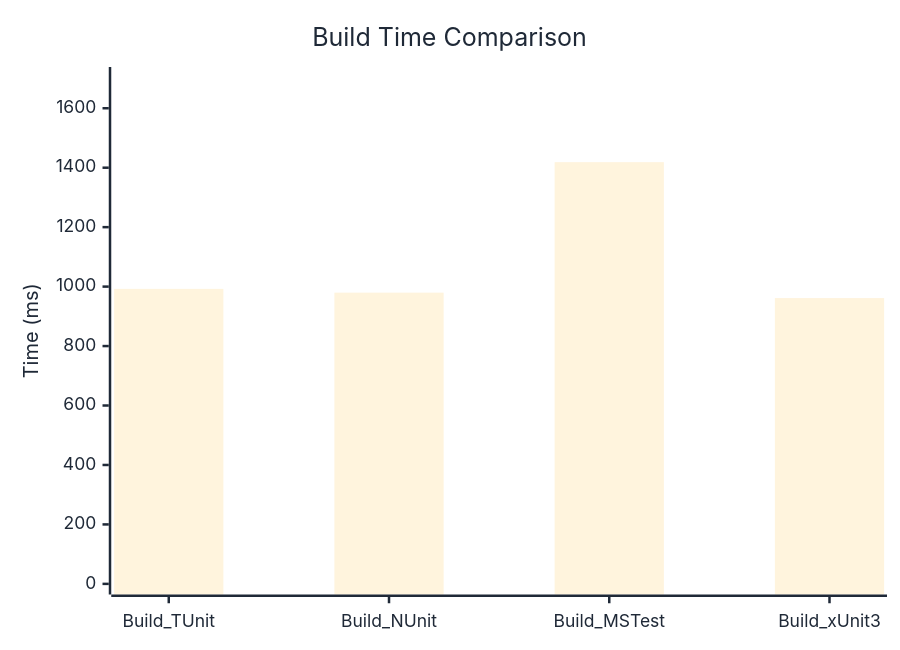
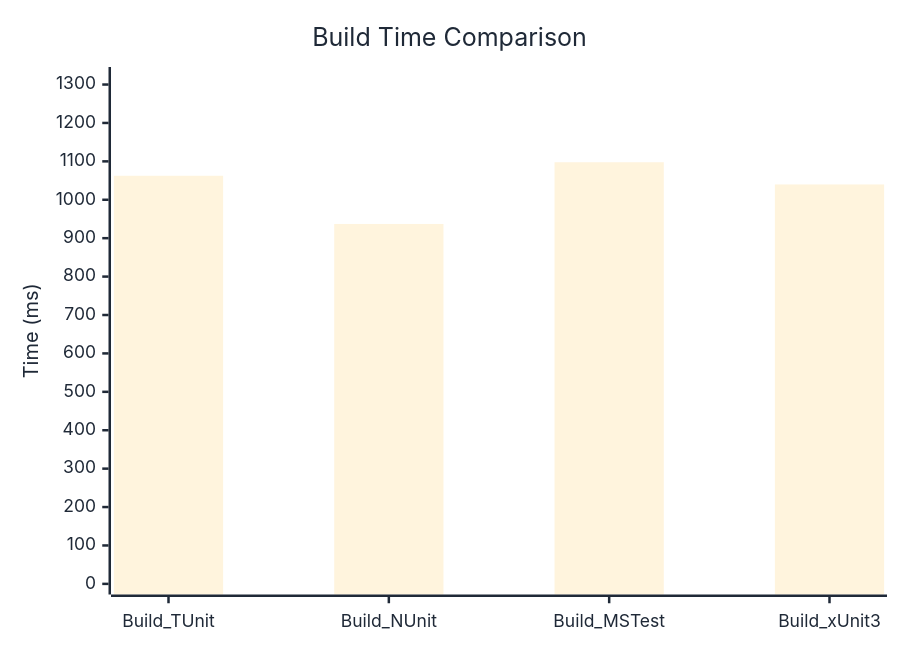
The diagram in docs/docs/benchmarks/engine/BuildTime.md (thomhurst/TUnit), drawn with Mermaid before and after one commit. The commit also changed other lines of this file and 18 other files, not shown here.

````diff
--- a/docs/docs/benchmarks/engine/BuildTime.md
+++ b/docs/docs/benchmarks/engine/BuildTime.md
@@ -30,37 +30,37 @@
 ```mermaid
 %%{init: {
   'theme':'base',
   'themeVariables': {
     'primaryColor': '#2563eb',
     'primaryTextColor': '#1f2937',
     'primaryBorderColor': '#1e40af',
     'lineColor': '#6b7280',
     'secondaryColor': '#7c3aed',
     'tertiaryColor': '#dc2626',
     'background': '#ffffff',
     'mainBkg': '#2563eb',
     'secondBkg': '#7c3aed',
     'tertiaryBkg': '#dc2626',
     'clusterBkg': '#f3f4f6',
     'edgeLabelBackground': '#ffffff',
     'tertiaryTextColor': '#1f2937',
     'pie1': '#2563eb',
     'pie2': '#7c3aed',
     'pie3': '#dc2626',
     'pie4': '#f59e0b',
     'pie5': '#10b981',
     'pie6': '#06b6d4',
     'pie7': '#ec4899',
     'pie8': '#6366f1',
     'pie9': '#84cc16',
     'pie10': '#f97316',
     'pie11': '#14b8a6',
     'pie12': '#a855f7'
   }
 }}%%
 xychart-beta
   title "Build Time Comparison"
   x-axis ["Build_TUnit", "Build_NUnit", "Build_MSTest", "Build_xUnit3"]
-  y-axis "Time (ms)" 0 --> 1703
-  bar [992.4, 979.7, 1418.6, 961.4]
+  y-axis "Time (ms)" 0 --> 1318
+  bar [1062.5, 937, 1097.7, 1039.9]
 ```
````
